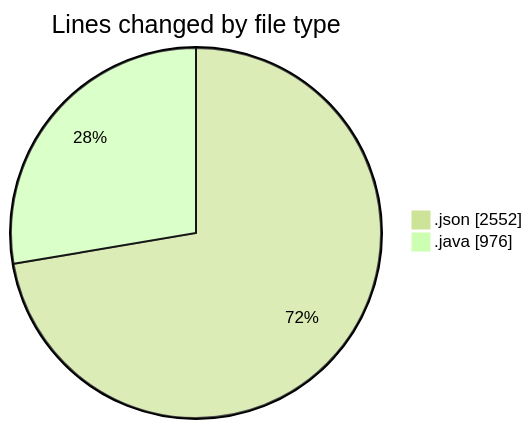
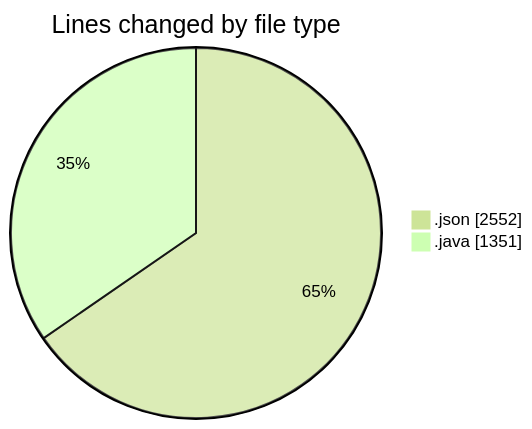
The first of 2 diagrams in 2026-10-20/cilapp/README.md (ricardozamudiocil/code-tracking), drawn with Mermaid (forest theme) before and after one commit. The commit also changed other lines of this file and 1 other file, not shown here.

````diff
--- a/2026-10-20/cilapp/README.md
+++ b/2026-10-20/cilapp/README.md
@@ -23,6 +24,6 @@
 ```mermaid
 pie showData
 title Lines changed by file type
 ".json" : 2552
-".java" : 976
+".java" : 1351
 ```
````
